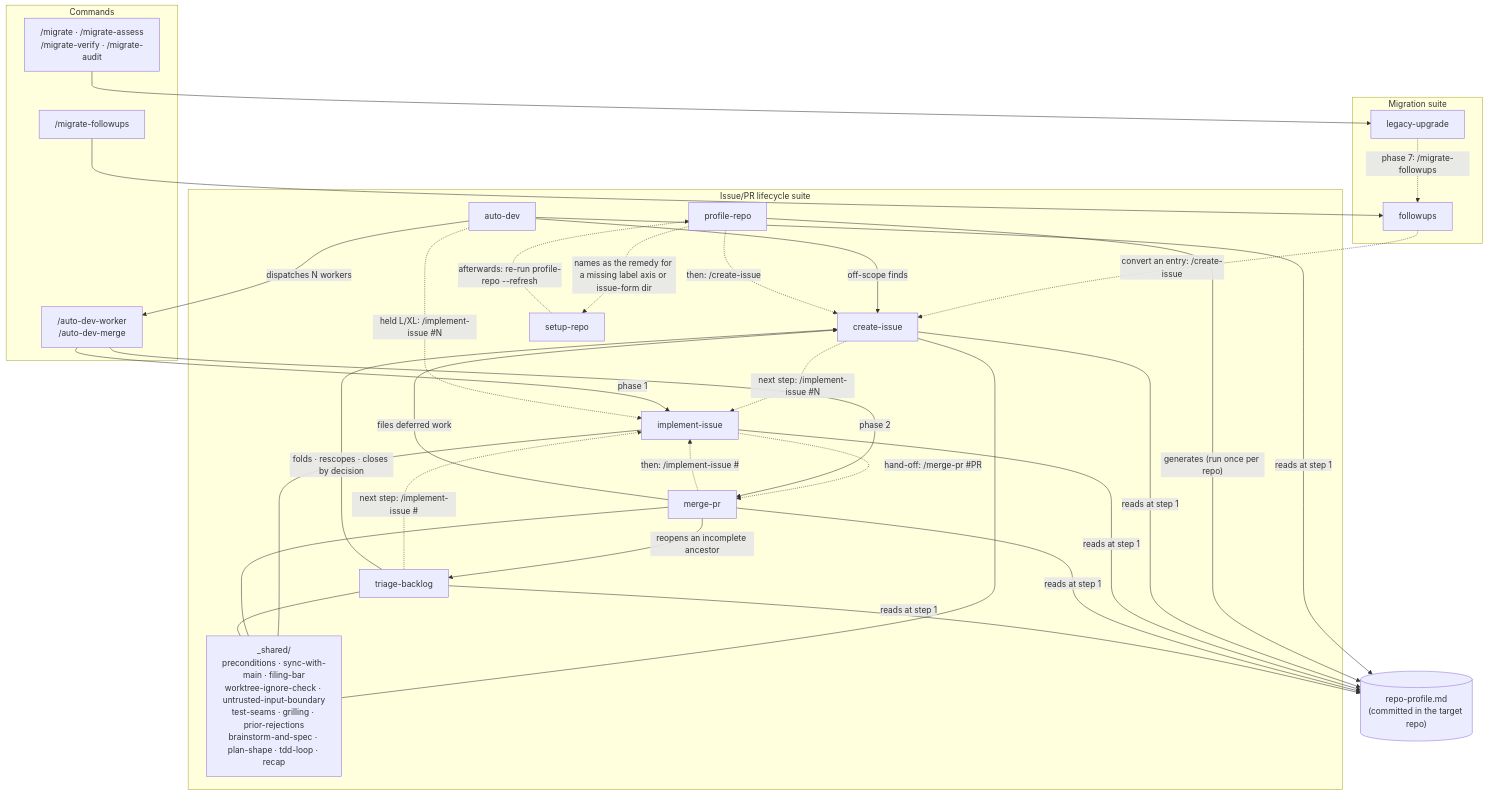
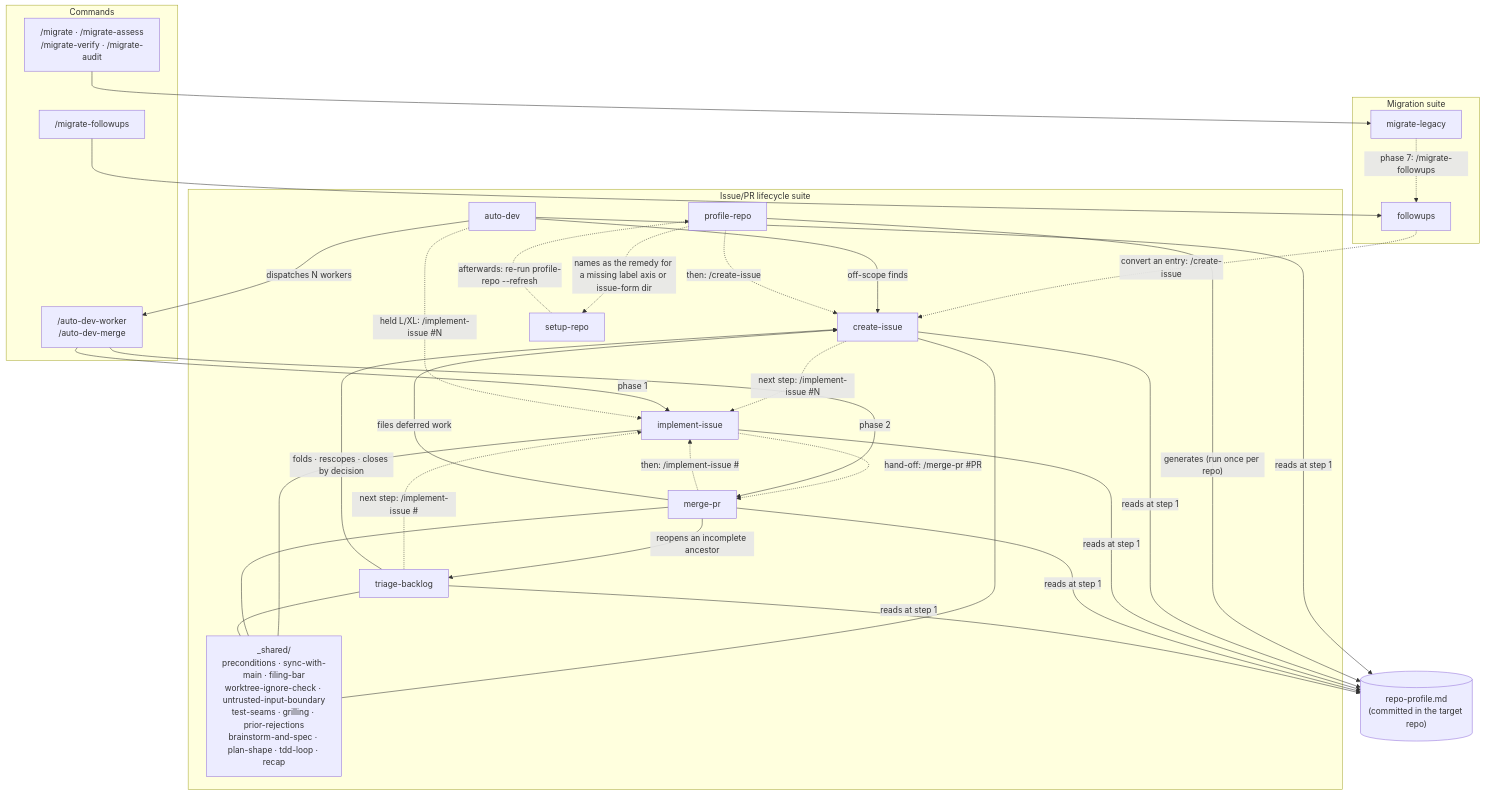
One commit to phmatray/ai-migration-kit changed the first of 2 diagrams in ARCHITECTURE.md. Above: the diagram before and after it, drawn with Mermaid. The commit also changed other lines of this file and 49 other files, not shown here.

Commit message:
feat(skills): rename legacy-upgrade to migrate-legacy

````diff
--- a/ARCHITECTURE.md
+++ b/ARCHITECTURE.md
@@ -16,56 +16,56 @@
 ```mermaid
 graph TD
     subgraph commands ["Commands"]
         M["/migrate · /migrate-assess<br>/migrate-verify · /migrate-audit"]
         MF["/migrate-followups"]
         AW["/auto-dev-worker<br>/auto-dev-merge"]
     end
 
     subgraph migration ["Migration suite"]
-        LU[legacy-upgrade]
+        LU[migrate-legacy]
         FU[followups]
     end
 
     subgraph lifecycle ["Issue/PR lifecycle suite"]
         AD[auto-dev]
         CI[create-issue]
         II[implement-issue]
         MP[merge-pr]
         TB[triage-backlog]
         RP[profile-repo]
         SR[setup-repo]
         SH["_shared/<br>preconditions · sync-with-main · filing-bar<br>worktree-ignore-check · untrusted-input-boundary<br>test-seams · grilling · prior-rejections<br>brainstorm-and-spec · plan-shape · tdd-loop · recap"]
     end
 
     PROF[("repo-profile.md<br>(committed in the target repo)")]
 
     M --> LU
     MF --> FU
     LU -. "phase 7: /migrate-followups" .-> FU
     FU -. "convert an entry: /create-issue" .-> CI
     CI -. "next step: /implement-issue #N" .-> II
     II -. "hand-off: /merge-pr #PR" .-> MP
     MP -. "then: /implement-issue #<next>" .-> II
     TB -. "next step: /implement-issue #<kept>" .-> II
     MP -- "files deferred work" --> CI
     AD -- "dispatches N workers" --> AW
     AW -- "phase 1" --> II
     AW -- "phase 2" --> MP
     AD -- "off-scope finds" --> CI
     AD -. "held L/XL: /implement-issue #N" .-> II
     AD -- "reads at step 1" --> PROF
     RP -- "generates (run once per repo)" --> PROF
     RP -. "names as the remedy for a missing label axis or issue-form dir" .-> SR
     RP -. "then: /create-issue <idea>" .-> CI
     SR -. "afterwards: re-run profile-repo --refresh" .-> RP
     CI -- "reads at step 1" --> PROF
     II -- "reads at step 1" --> PROF
     MP -- "reads at step 1" --> PROF
     MP -- "reopens an incomplete ancestor" --> TB
     TB -- "folds · rescopes · closes by decision" --> CI
     TB -- "reads at step 1" --> PROF
     CI --- SH
     II --- SH
     MP --- SH
     TB --- SH
 ```
````
